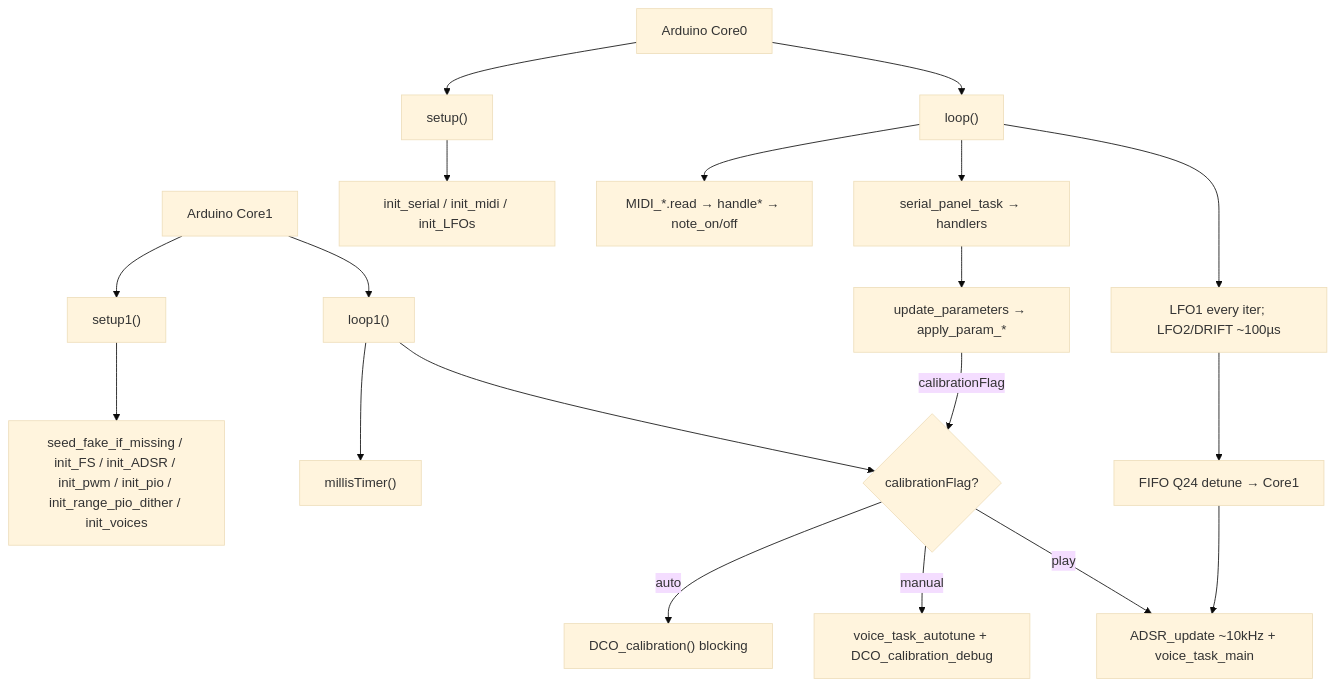
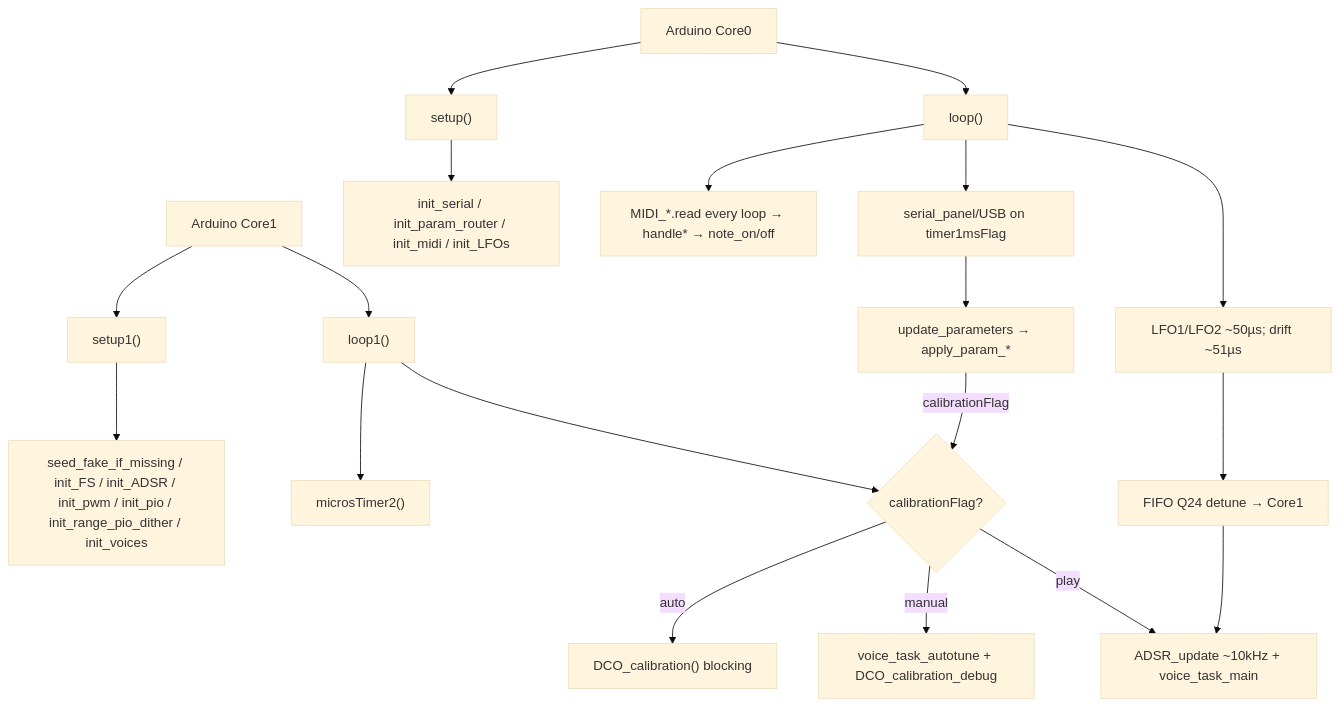
Before and after one commit to felipegaspari/DCO4-REBORN-DCO: the diagram in docs/FILE_INDEX.md, drawn with Mermaid (base theme). The commit also changed other lines of this file and 50 other files, not shown here.

````diff
--- a/docs/FILE_INDEX.md
+++ b/docs/FILE_INDEX.md
@@ -21,25 +22,25 @@
 ```mermaid
 flowchart TD
   fw0["Arduino Core0"] --> setup0["setup()"]
   fw0 --> loop0["loop()"]
   fw1["Arduino Core1"] --> setup1["setup1()"]
   fw1 --> loop1["loop1()"]
 
-  setup0 --> initSerial["init_serial / init_midi / init_LFOs"]
+  setup0 --> initSerial["init_serial / init_param_router / init_midi / init_LFOs"]
   setup1 --> initCore1["seed_fake_if_missing / init_FS / init_ADSR / init_pwm / init_pio / init_range_pio_dither / init_voices"]
 
-  loop0 --> midiRead["MIDI_*.read → handle* → note_on/off"]
-  loop0 --> serialTask["serial_panel_task → handlers"]
-  loop0 --> lfo["LFO1 every iter; LFO2/DRIFT ~100µs"]
+  loop0 --> midiRead["MIDI_*.read every loop → handle* → note_on/off"]
+  loop0 --> serialTask["serial_panel/USB on timer1msFlag"]
+  loop0 --> lfo["LFO1/LFO2 ~50µs; drift ~51µs"]
   lfo --> fifo["FIFO Q24 detune → Core1"]
 
   serialTask --> updParam["update_parameters → apply_param_*"]
   updParam -->|calibrationFlag| calBranch
 
-  loop1 --> millis["millisTimer()"]
+  loop1 --> millis["microsTimer2()"]
   loop1 --> calBranch{"calibrationFlag?"}
   calBranch -->|auto| dcoCal["DCO_calibration() blocking"]
   calBranch -->|manual| manCal["voice_task_autotune + DCO_calibration_debug"]
   calBranch -->|play| play["ADSR_update ~10kHz + voice_task_main"]
   fifo --> play
 ```
````
